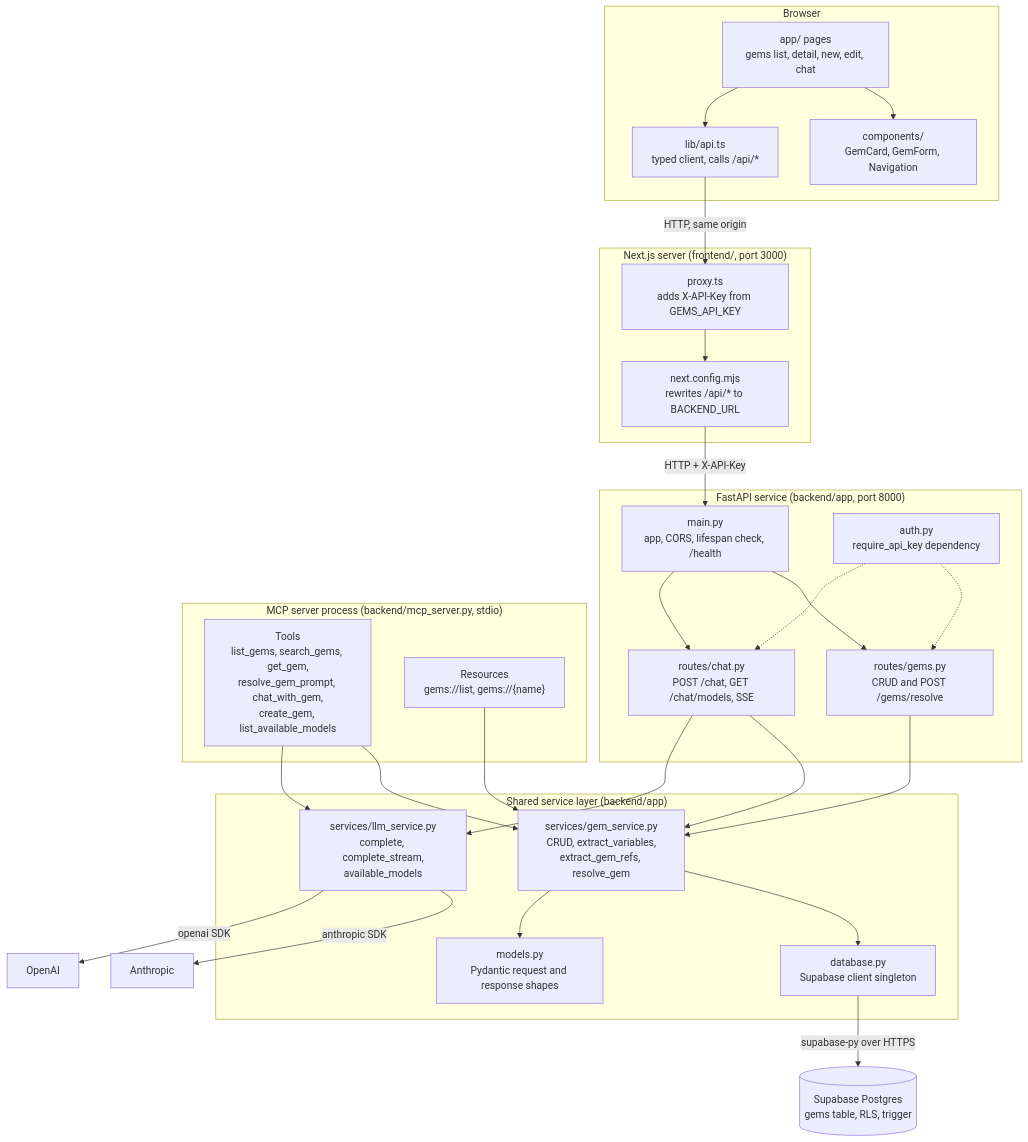
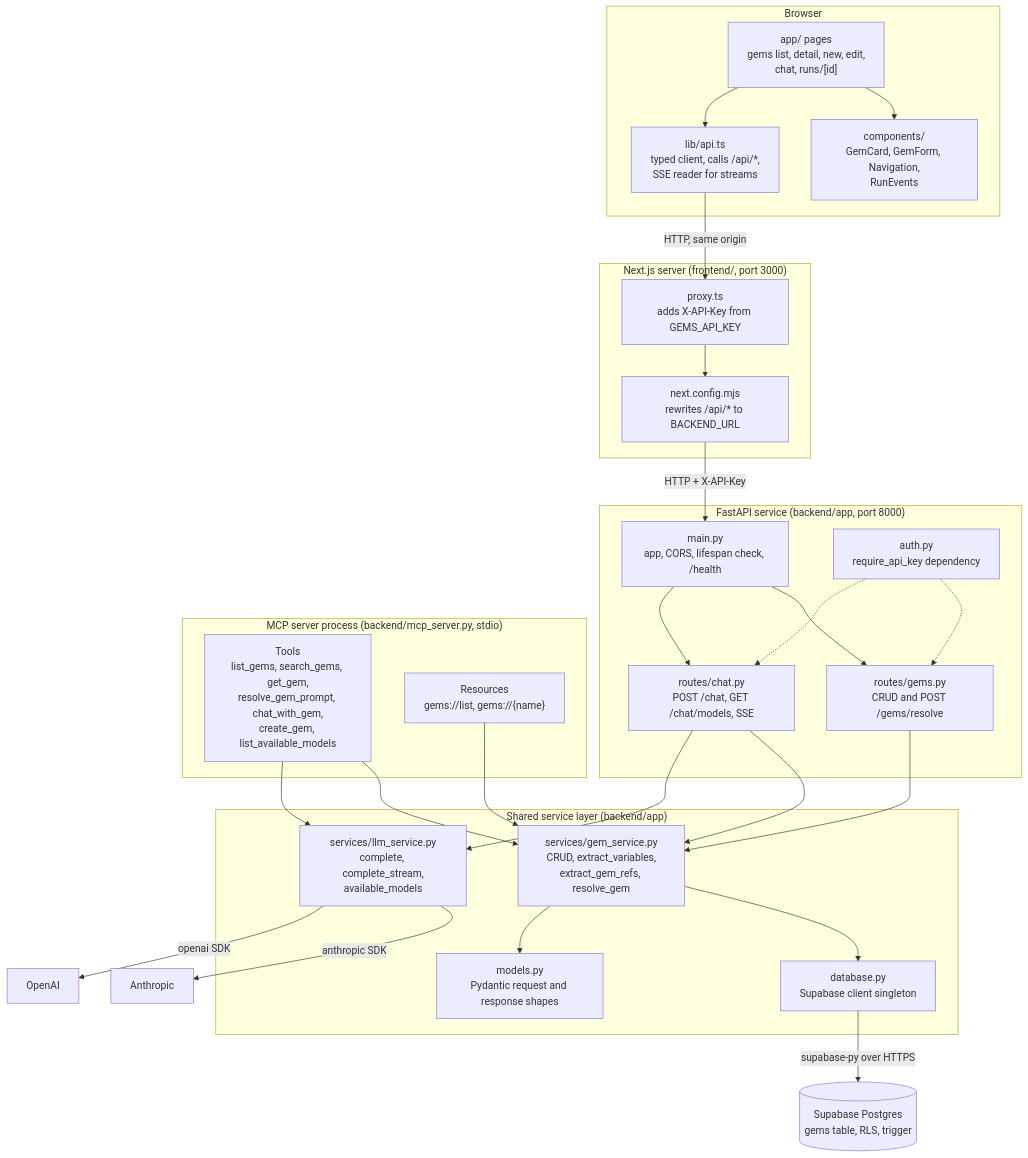
One commit to poyfather/gemsAPI changed the second of 10 diagrams in ARCHITECTURE.md. Above: the diagram before and after it, drawn with Mermaid. The commit also changed other lines of this file and 12 other files, not shown here.

````diff
--- a/ARCHITECTURE.md
+++ b/ARCHITECTURE.md
@@ -59,57 +59,57 @@
 ```mermaid
 flowchart TB
     subgraph browser["Browser"]
-        PAGES["app/ pages<br/>gems list, detail, new, edit, chat"]
-        COMPS["components/<br/>GemCard, GemForm, Navigation"]
-        APITS["lib/api.ts<br/>typed client, calls /api/*"]
+        PAGES["app/ pages<br/>gems list, detail, new, edit,<br/>chat, runs/[id]"]
+        COMPS["components/<br/>GemCard, GemForm, Navigation,<br/>RunEvents"]
+        APITS["lib/api.ts<br/>typed client, calls /api/*,<br/>SSE reader for streams"]
         PAGES --> COMPS
         PAGES --> APITS
     end
 
     subgraph nextsrv["Next.js server (frontend/, port 3000)"]
         MW["proxy.ts<br/>adds X-API-Key from GEMS_API_KEY"]
         RW["next.config.mjs<br/>rewrites /api/* to BACKEND_URL"]
         MW --> RW
     end
 
     subgraph fastapi["FastAPI service (backend/app, port 8000)"]
         MAIN["main.py<br/>app, CORS, lifespan check, /health"]
         AUTH["auth.py<br/>require_api_key dependency"]
         RG["routes/gems.py<br/>CRUD and POST /gems/resolve"]
         RC["routes/chat.py<br/>POST /chat, GET /chat/models, SSE"]
         MAIN --> RG
         MAIN --> RC
         AUTH -.-> RG
         AUTH -.-> RC
     end
 
     subgraph mcpproc["MCP server process (backend/mcp_server.py, stdio)"]
         TOOLS["Tools<br/>list_gems, search_gems, get_gem,<br/>resolve_gem_prompt, chat_with_gem,<br/>create_gem, list_available_models"]
         RSRC["Resources<br/>gems://list, gems://{name}"]
     end
 
     subgraph services["Shared service layer (backend/app)"]
         GS["services/gem_service.py<br/>CRUD, extract_variables,<br/>extract_gem_refs, resolve_gem"]
         LS["services/llm_service.py<br/>complete, complete_stream,<br/>available_models"]
         MODELS["models.py<br/>Pydantic request and response shapes"]
         DBPY["database.py<br/>Supabase client singleton"]
         GS --> DBPY
         GS --> MODELS
     end
 
     SUPA[("Supabase Postgres<br/>gems table, RLS, trigger")]
     ANT["Anthropic"]
     OAI["OpenAI"]
 
     APITS -- "HTTP, same origin" --> MW
     RW -- "HTTP + X-API-Key" --> MAIN
     RG --> GS
     RC --> GS
     RC --> LS
     TOOLS --> GS
     TOOLS --> LS
     RSRC --> GS
     DBPY -- "supabase-py over HTTPS" --> SUPA
     LS -- "anthropic SDK" --> ANT
     LS -- "openai SDK" --> OAI
 ```
````
